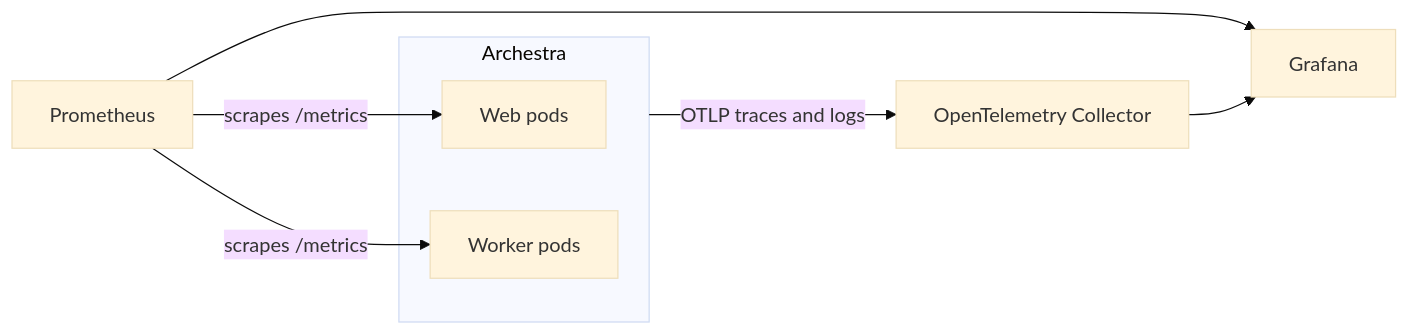
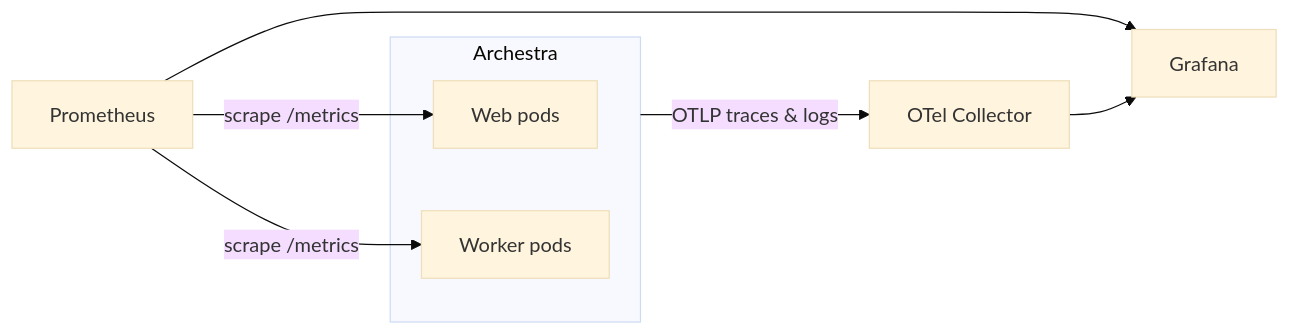
The diagram in docs/pages/admin/observability/index.md (archestra-ai/archestra), drawn with Mermaid (base theme) before and after one commit. The commit also changed other lines of this file and 11 other files, not shown here.

````diff
--- a/docs/pages/admin/observability/index.md
+++ b/docs/pages/admin/observability/index.md
@@ -18,16 +20,16 @@
 ```mermaid
 flowchart LR
   subgraph Archestra
     Web[Web pods]
     Worker[Worker pods]
   end
   Prometheus:::external
-  Collector[OpenTelemetry Collector]:::external
+  Collector[OTel Collector]:::external
   Grafana:::external
-  Prometheus -- scrapes /metrics --> Web
-  Prometheus -- scrapes /metrics --> Worker
-  Archestra -- OTLP traces and logs --> Collector
+  Prometheus -- scrape /metrics --> Web
+  Prometheus -- scrape /metrics --> Worker
+  Archestra -- OTLP traces & logs --> Collector
   Prometheus --> Grafana
   Collector --> Grafana
   class Web accent
 ```
````
